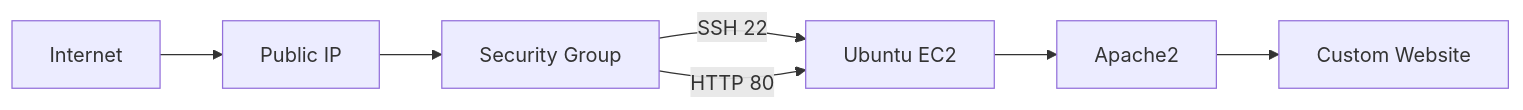
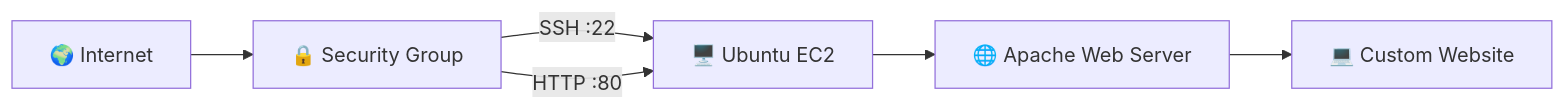
The diagram in Task-2-EC2-Apache/README.md (ChanduVattikulla/aws-cloud-projects), drawn with Mermaid before and after one commit. The commit also changed other lines of this file and 3 other files, not shown here.

````diff
--- a/Task-2-EC2-Apache/README.md
+++ b/Task-2-EC2-Apache/README.md
@@ -24,9 +60,11 @@
 ```mermaid
 flowchart LR
-    A[Internet] --> B[Public IP]
-    B --> C[Security Group]
-    C -->|SSH 22| D[Ubuntu EC2]
-    C -->|HTTP 80| D
-    D --> E[Apache2]
-    E --> F[Custom Website]
+    A[🌍 Internet]
+    --> B[🔒 Security Group]
+
+    B -->|SSH :22| C[🖥️ Ubuntu EC2]
+    B -->|HTTP :80| C
+
+    C --> D[🌐 Apache Web Server]
+    D --> E[💻 Custom Website]
 ```
````
